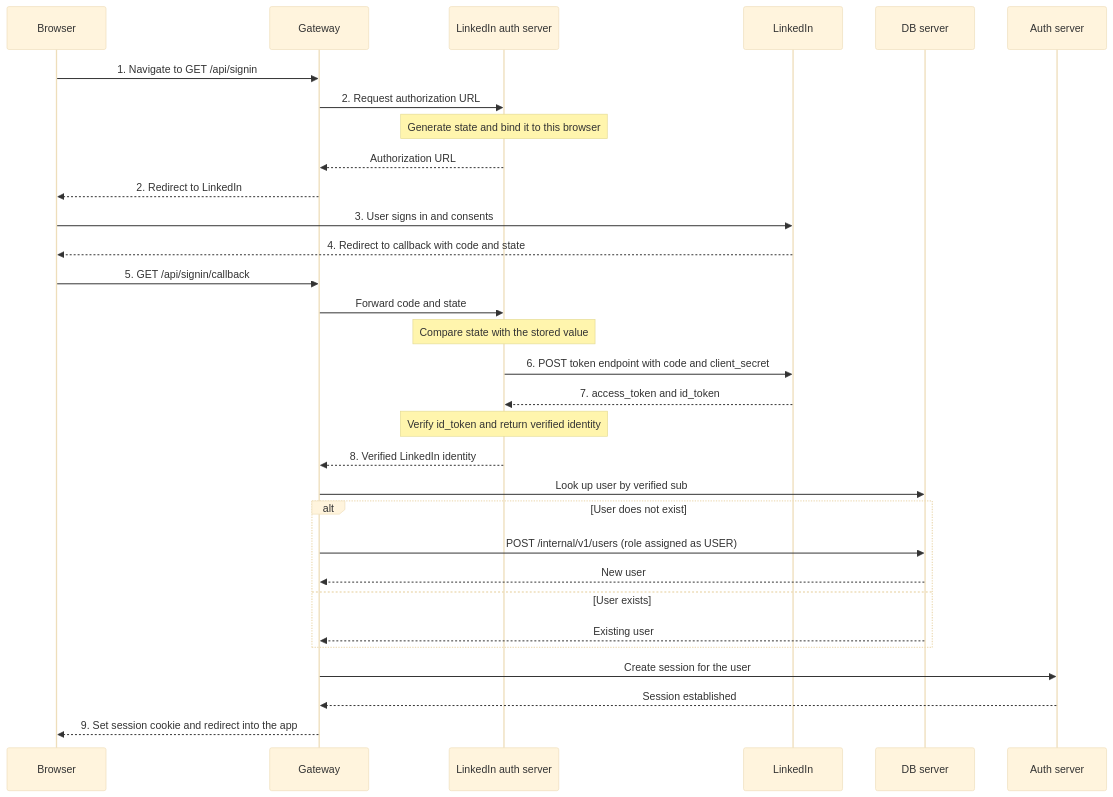
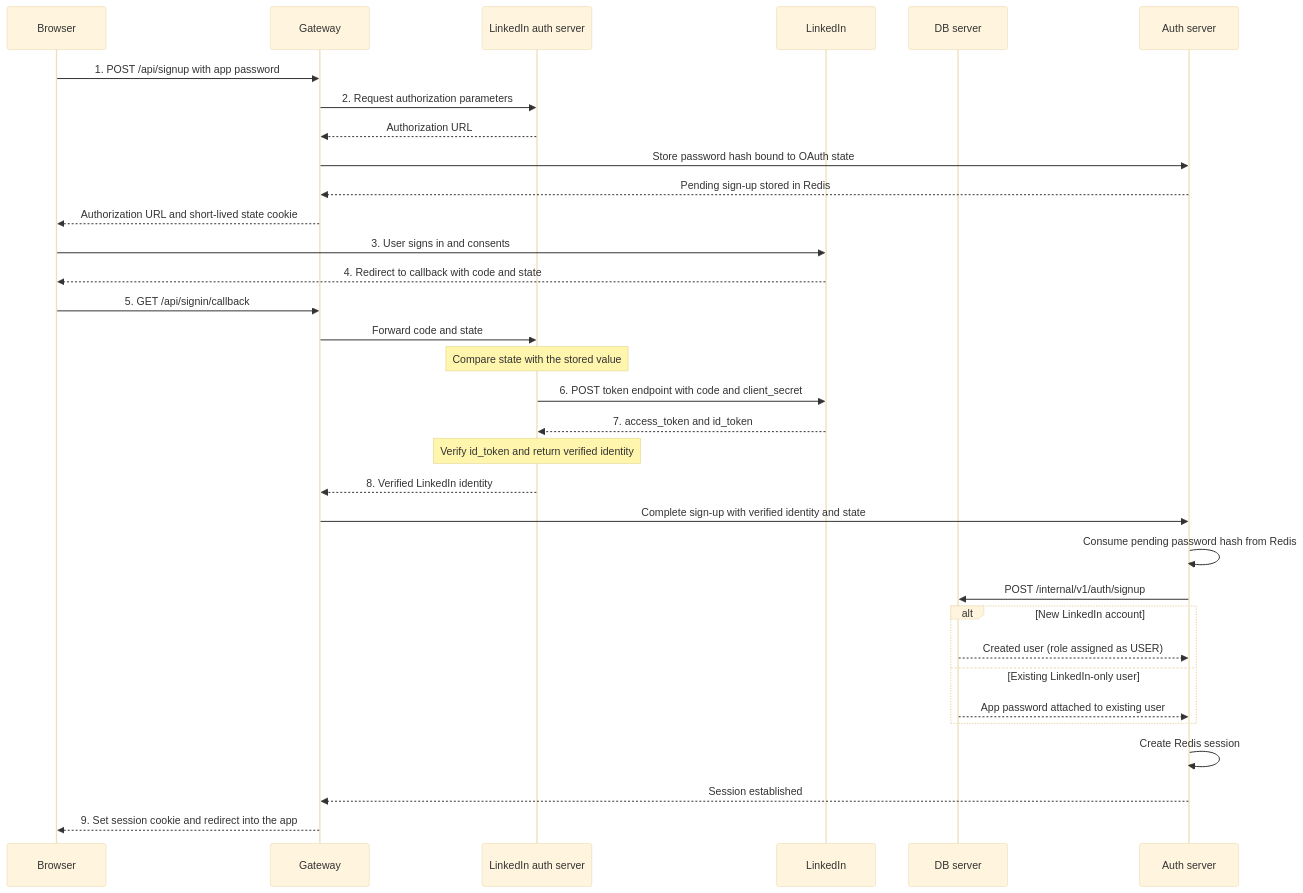
Before and after one commit to abt-bara/LinkedIn-Profile-Rating: the diagram in docs/LinkedIn-auth-flow.md, drawn with Mermaid (base theme). The commit also changed other lines of this file and 25 other files, not shown here.

````diff
--- a/docs/LinkedIn-auth-flow.md
+++ b/docs/LinkedIn-auth-flow.md
@@ -18,34 +20,36 @@
 ```mermaid
 sequenceDiagram
     participant B as Browser
     participant G as Gateway
     participant O as LinkedIn auth server
     participant L as LinkedIn
     participant D as DB server
     participant A as Auth server
 
-    B->>G: 1. Navigate to GET /api/signin
-    G->>O: 2. Request authorization URL
-    Note over O: Generate state and bind it to this browser
+    B->>G: 1. POST /api/signup with app password
+    G->>O: 2. Request authorization parameters
     O-->>G: Authorization URL
-    G-->>B: 2. Redirect to LinkedIn
+    G->>A: Store password hash bound to OAuth state
+    A-->>G: Pending sign-up stored in Redis
+    G-->>B: Authorization URL and short-lived state cookie
     B->>L: 3. User signs in and consents
     L-->>B: 4. Redirect to callback with code and state
     B->>G: 5. GET /api/signin/callback
     G->>O: Forward code and state
     Note over O: Compare state with the stored value
     O->>L: 6. POST token endpoint with code and client_secret
     L-->>O: 7. access_token and id_token
     Note over O: Verify id_token and return verified identity
     O-->>G: 8. Verified LinkedIn identity
-    G->>D: Look up user by verified sub
-    alt User does not exist
-        G->>D: POST /internal/v1/users (role assigned as USER)
-        D-->>G: New user
-    else User exists
-        D-->>G: Existing user
+    G->>A: Complete sign-up with verified identity and state
+    A->>A: Consume pending password hash from Redis
+    A->>D: POST /internal/v1/auth/signup
+    alt New LinkedIn account
+        D-->>A: Created user (role assigned as USER)
+    else Existing LinkedIn-only user
+        D-->>A: App password attached to existing user
     end
-    G->>A: Create session for the user
+    A->>A: Create Redis session
     A-->>G: Session established
     G-->>B: 9. Set session cookie and redirect into the app
 ```
````
